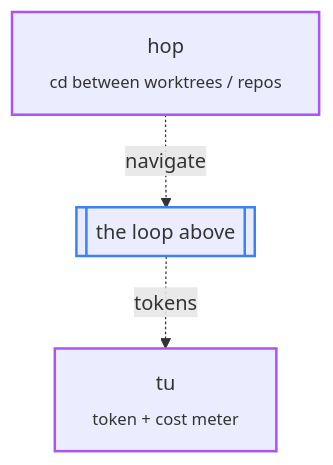
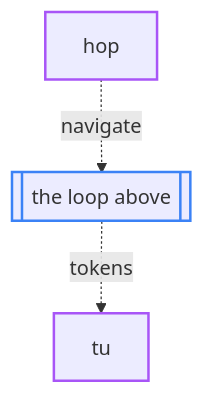
Before and after one commit to sahil87/sahil87: the second of 2 diagrams in README.md, drawn with Mermaid. The commit also changed other lines of this file, not shown here.

Commit message:
docs: drop <sub> subtitles that github mermaid was clipping
Subtitle text was overflowing the node box on github's renderer
("backlo", "spec + pla", "tmux dashboa", "cd between worktrees / r").
The prose below each diagram already names what every tool does, so
the inline subtitles were redundant anyway.

````diff
--- a/README.md
+++ b/README.md
@@ -53,10 +53,10 @@
 ```mermaid
 flowchart TB
-    hop["hop<br/><sub>cd between worktrees / repos</sub>"] -.->|navigate| loop[["the loop above"]]
-    loop -.->|tokens| tu["tu<br/><sub>token + cost meter</sub>"]
+    hop["hop"] -.->|navigate| loop[["the loop above"]]
+    loop -.->|tokens| tu["tu"]
 
     classDef ambient stroke:#a855f7,stroke-width:2px;
     classDef loopnode stroke:#3b82f6,stroke-width:2px;
     class hop,tu ambient;
     class loop loopnode;
 ```
````
